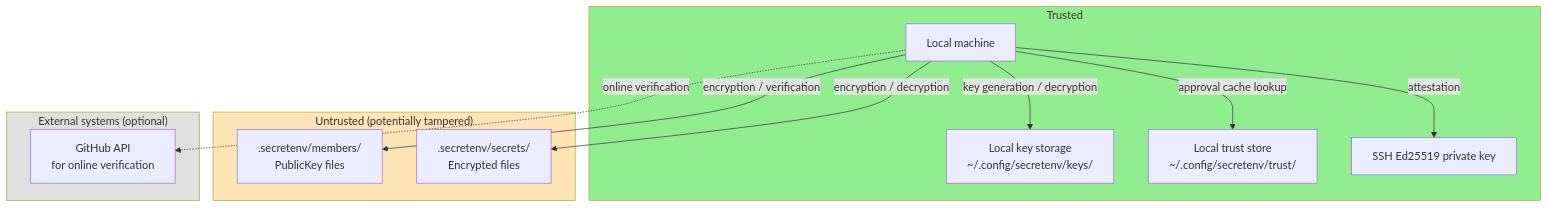
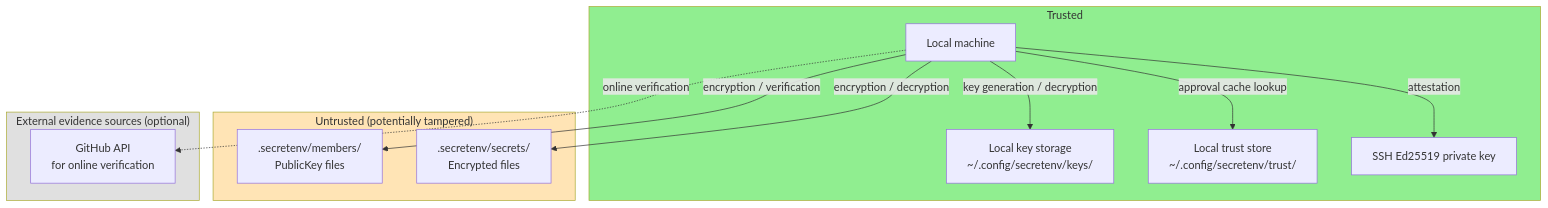
One commit to ebisawa/kapsaro changed the first of 6 diagrams in guides/security_design_en.md. Above: the diagram before and after it, drawn with Mermaid. The commit also changed other lines of this file and 3 other files, not shown here.

````diff
--- a/guides/security_design_en.md
+++ b/guides/security_design_en.md
@@ -105,29 +151,29 @@
 ```mermaid
 graph TB
     subgraph trusted["Trusted"]
         LocalTerminal[Local machine]
         LocalKeystore["Local key storage<br/>~/.config/secretenv/keys/"]
         LocalTrustStore["Local trust store<br/>~/.config/secretenv/trust/"]
         SSHKey[SSH Ed25519 private key]
     end
 
     subgraph untrusted["Untrusted (potentially tampered)"]
         MembersDir[".secretenv/members/<br/>PublicKey files"]
         SecretsDir[".secretenv/secrets/<br/>Encrypted files"]
     end
 
-    subgraph external["External systems (optional)"]
+    subgraph external["External evidence sources (optional)"]
         GitHub["GitHub API<br/>for online verification"]
     end
 
     LocalTerminal -->|key generation / decryption| LocalKeystore
     LocalTerminal -->|approval cache lookup| LocalTrustStore
     LocalTerminal -->|attestation| SSHKey
     LocalTerminal -->|encryption / verification| MembersDir
     LocalTerminal -->|encryption / decryption| SecretsDir
     LocalTerminal -.->|online verification| GitHub
 
     style trusted fill:#90EE90
     style untrusted fill:#FFE4B5
     style external fill:#E0E0E0
 ```
````
